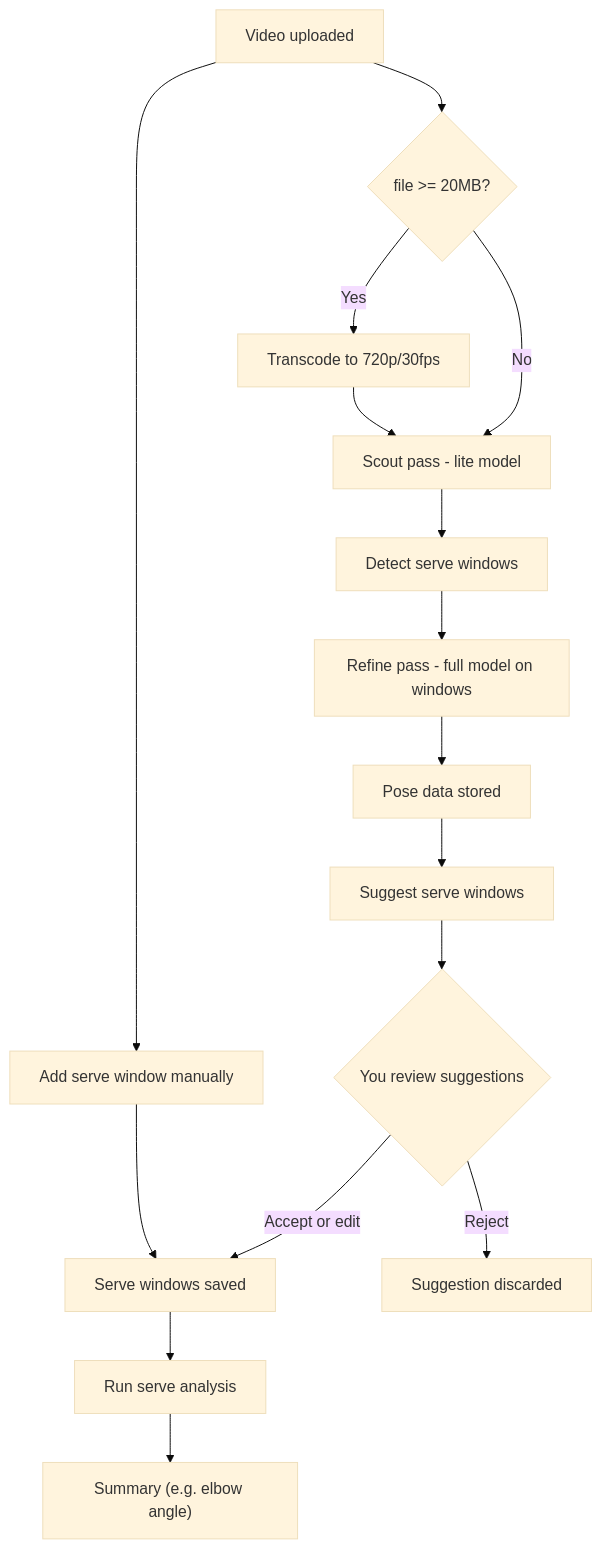
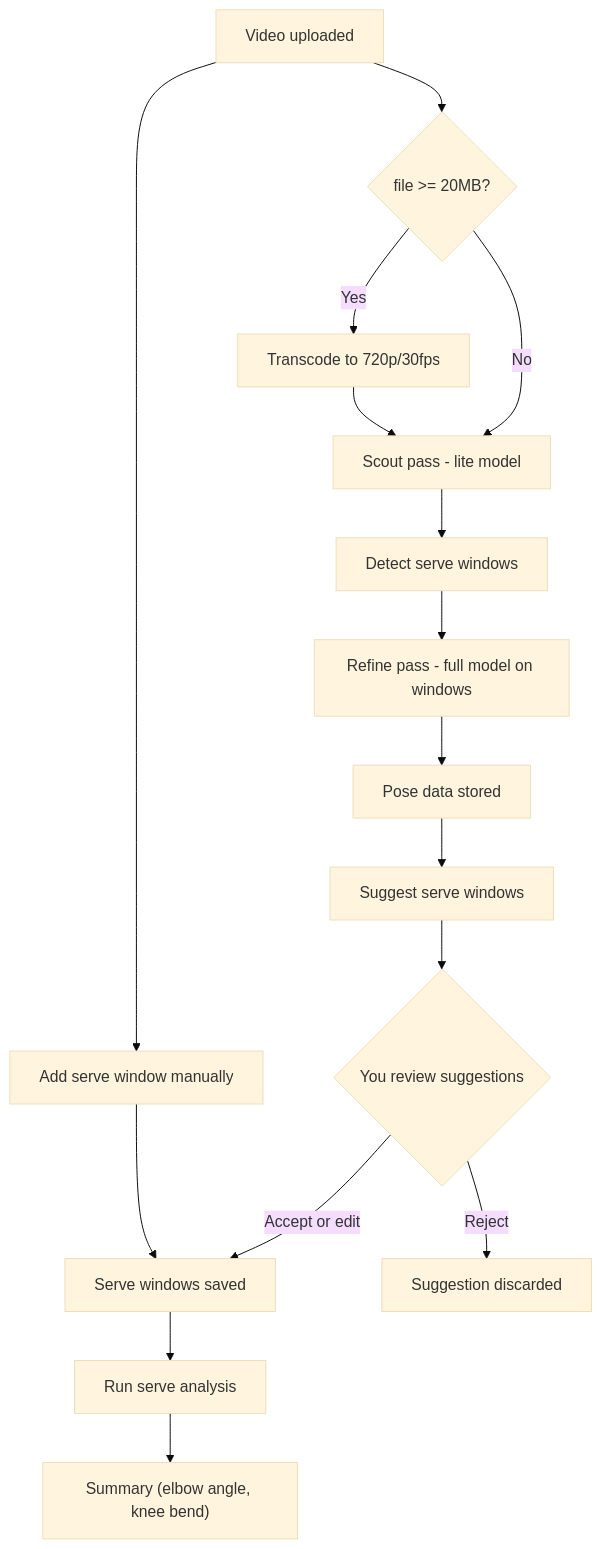
One commit to aseda-sam/tennis_coach_app changed the diagram in project_docs/diagrams/analysis-pipeline.md. Above: the diagram before and after it, drawn with Mermaid (base theme). The commit also changed other lines of this file and 24 other files, not shown here.

First line of the commit message:
feat: Add knee bend detection, metrics tracking, and tutorial system (#172)

````diff
--- a/project_docs/diagrams/analysis-pipeline.md
+++ b/project_docs/diagrams/analysis-pipeline.md
@@ -5,20 +5,20 @@
 ```mermaid
 flowchart TD
   V[Video uploaded] --> TRANSCODE{file >= 20MB?}
   TRANSCODE -->|Yes| T[Transcode to 720p/30fps]
   TRANSCODE -->|No| SCOUT[Scout pass - lite model]
   T --> SCOUT
   SCOUT --> DETECT[Detect serve windows]
   DETECT --> REFINE[Refine pass - full model on windows]
   REFINE --> POSE_DATA[Pose data stored]
 
   V --> MANUAL[Add serve window manually]
   POSE_DATA --> PROPOSE[Suggest serve windows]
   PROPOSE --> REVIEW{You review suggestions}
   REVIEW -->|Accept or edit| SA[Serve windows saved]
   REVIEW -->|Reject| REJ[Suggestion discarded]
 
   MANUAL --> SA
   SA --> ANALYZE[Run serve analysis]
-  ANALYZE --> SUMMARY["Summary (e.g. elbow angle)"]
+  ANALYZE --> SUMMARY["Summary (elbow angle, knee bend)"]
 ```
````
